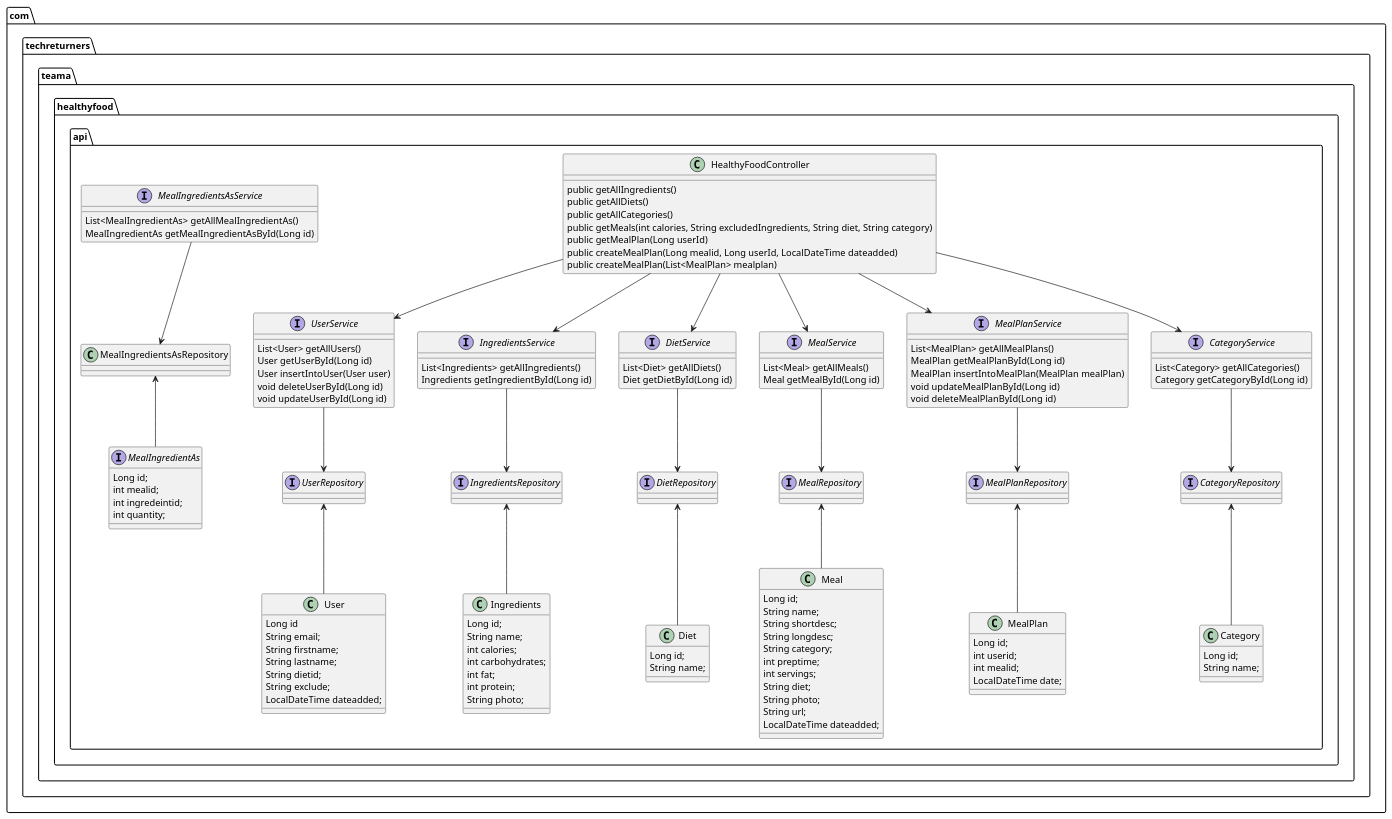
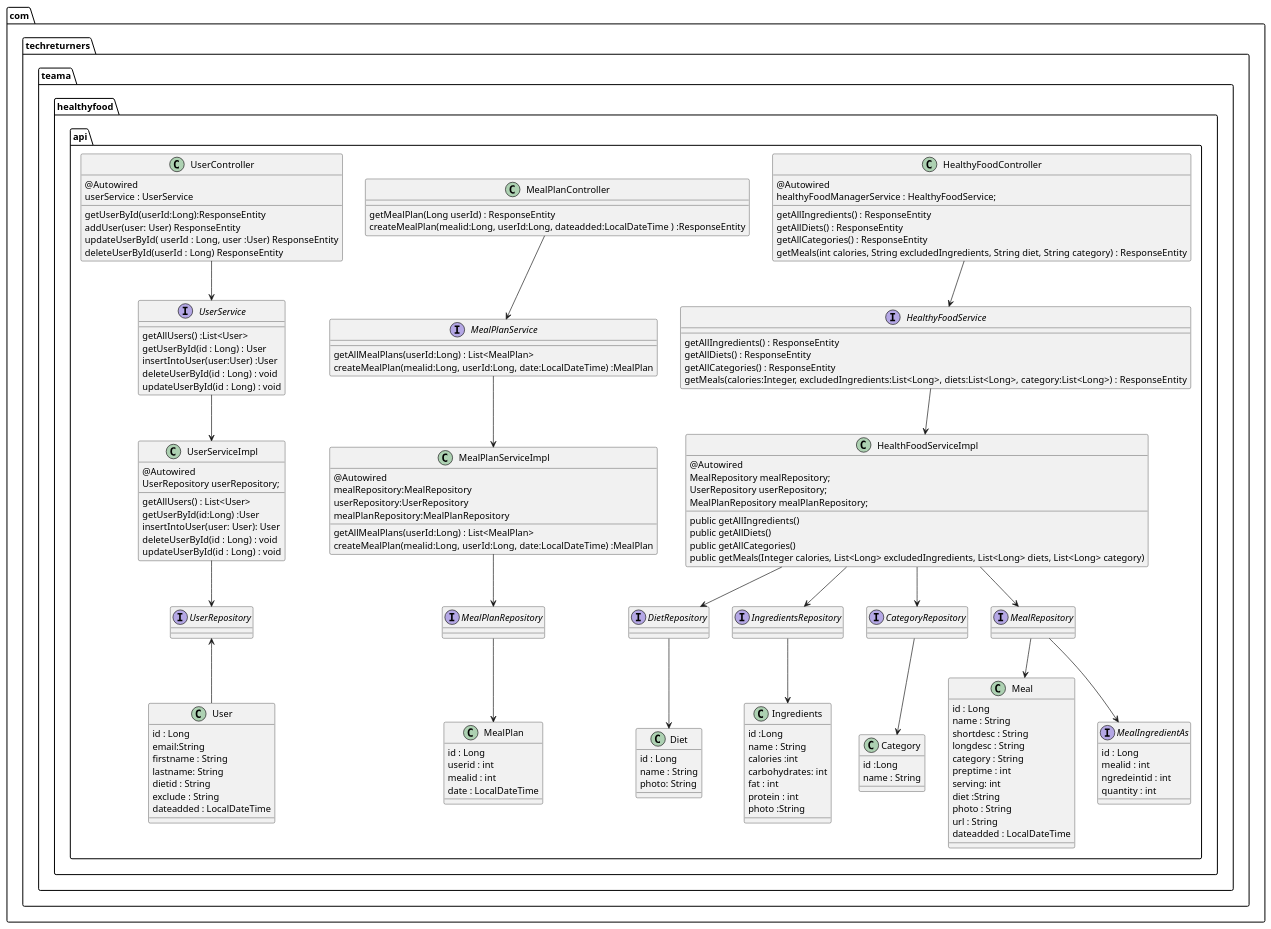
Before and after one commit to jayshree430/healthy-food-api: the diagram in docs/HealthyFoodControllerAndServicesUML.puml, drawn with PlantUML. The commit also changed 2 other files, not shown here.

Commit message:
added new ControllerAndServiceUML.png to readme. And added some info in README.md

```diff
--- a/docs/HealthyFoodControllerAndServicesUML.puml
+++ b/docs/HealthyFoodControllerAndServicesUML.puml
@@ -1,148 +1,177 @@
 @startuml
 package "com.techreturners.teama.healthyfood.api" {
 
-    HealthyFoodController --> UserService
-    HealthyFoodController --> IngredientsService
-    HealthyFoodController --> DietService
-    HealthyFoodController --> MealService
-    HealthyFoodController --> MealPlanService
-    HealthyFoodController --> CategoryService
-    UserService --> UserRepository
-    IngredientsService --> IngredientsRepository
-    DietService --> DietRepository
-    MealService --> MealRepository
-    MealPlanService --> MealPlanRepository
-    MealIngredientsAsService --> MealIngredientsAsRepository
-    CategoryService --> CategoryRepository
+    HealthyFoodController --> HealthyFoodService
+    HealthyFoodService --> HealthFoodServiceImpl
+    HealthFoodServiceImpl--> DietRepository
+    HealthFoodServiceImpl--> IngredientsRepository
+    HealthFoodServiceImpl--> CategoryRepository
+    HealthFoodServiceImpl --> MealRepository
+
+    DietRepository --> Diet
+    CategoryRepository --> Category
+    MealRepository --> Meal
+    MealRepository --> MealIngredientAs
+    IngredientsRepository --> Ingredients
+
+    MealPlanController --> MealPlanService
+    MealPlanService --> MealPlanServiceImpl
+    MealPlanServiceImpl --> MealPlanRepository
+    MealPlanRepository --> MealPlan
+
+    UserController --> UserService
+    UserService --> UserServiceImpl
+    UserServiceImpl --> UserRepository
     UserRepository <-- User
-    IngredientsRepository <-- Ingredients
-    DietRepository <-- Diet
-    MealRepository <-- Meal
-    MealPlanRepository <-- MealPlan
-    CategoryRepository <-- Category
-    MealIngredientsAsRepository <-- MealIngredientAs
+
 
     Class HealthyFoodController{
+
+        @Autowired
+        healthyFoodManagerService : HealthyFoodService;
+        getAllIngredients() : ResponseEntity
+        getAllDiets() : ResponseEntity
+        getAllCategories() : ResponseEntity
+        getMeals(int calories, String excludedIngredients, String diet, String category) : ResponseEntity
+    }
+
+    Class MealPlanController{
+        getMealPlan(Long userId) : ResponseEntity
+        createMealPlan(mealid:Long, userId:Long, dateadded:LocalDateTime ) :ResponseEntity
+
+    }
+    Class UserController{
+        @Autowired
+        userService : UserService
+
+        getUserById(userId:Long):ResponseEntity
+        addUser(user: User) ResponseEntity
+        updateUserById( userId : Long, user :User) ResponseEntity
+         deleteUserById(userId : Long) ResponseEntity
+    }
+
+    Interface HealthyFoodService{
+        getAllIngredients() : ResponseEntity
+        getAllDiets() : ResponseEntity
+        getAllCategories() : ResponseEntity
+        getMeals(calories:Integer, excludedIngredients:List<Long>,  diets:List<Long>, category:List<Long>) : ResponseEntity
+
+    }
+    Interface MealPlanService{
+        getAllMealPlans(userId:Long) : List<MealPlan>
+            createMealPlan(mealid:Long, userId:Long, date:LocalDateTime) :MealPlan
+    }
+    Class HealthFoodServiceImpl {
+        @Autowired
+        MealRepository mealRepository;
+        UserRepository userRepository;
+        MealPlanRepository mealPlanRepository;
 
         public getAllIngredients()
         public getAllDiets()
         public getAllCategories()
-        public getMeals(int calories, String excludedIngredients, String diet, String category)
-        public getMealPlan(Long userId)
-        public createMealPlan(Long mealid, Long userId, LocalDateTime dateadded)
-        public createMealPlan(List<MealPlan> mealplan)
-    }
-    interface DietService {
-        List<Diet> getAllDiets()
-        Diet getDietById(Long id)
-    }
-    interface CategoryService {
-        List<Category> getAllCategories()
-        Category getCategoryById(Long id)
-    }
-    interface IngredientsService {
-
-        List<Ingredients> getAllIngredients()
-        Ingredients getIngredientById(Long id)
+        public getMeals(Integer calories, List<Long> excludedIngredients, List<Long> diets, List<Long> category)
     }
 
-    interface MealPlanService {
+    Class MealPlanServiceImpl{
+        @Autowired
+        mealRepository:MealRepository
+        userRepository:UserRepository
+        mealPlanRepository:MealPlanRepository
 
-        List<MealPlan> getAllMealPlans()
-        MealPlan getMealPlanById(Long id)
-        MealPlan insertIntoMealPlan(MealPlan mealPlan)
-        void updateMealPlanById(Long id)
-        void deleteMealPlanById(Long id)
-    }
-    interface MealIngredientsAsService {
-
-        List<MealIngredientAs> getAllMealIngredientAs()
-        MealIngredientAs getMealIngredientAsById(Long id)
+        getAllMealPlans(userId:Long) : List<MealPlan>
+        createMealPlan(mealid:Long, userId:Long, date:LocalDateTime) :MealPlan
     }
 
-    interface MealService {
-        List<Meal> getAllMeals()
-        Meal getMealById(Long id)
+    Interface UserService {
+        getAllUsers() :List<User>
+        getUserById(id : Long) : User
+        insertIntoUser(user:User) :User
+        deleteUserById(id : Long) : void
+        updateUserById(id : Long) : void
+    }
+    Class UserServiceImpl{
+    @Autowired
+        UserRepository userRepository;
+
+        getAllUsers() : List<User>
+        getUserById(id:Long) :User
+        insertIntoUser(user: User): User
+        deleteUserById(id : Long) : void
+        updateUserById(id : Long) : void
     }
 
-    interface UserService {
-        List<User> getAllUsers()
-        User getUserById(Long id)
-        User insertIntoUser(User user)
-        void deleteUserById(Long id)
-        void updateUserById(Long id)
+    Class User {
+        id : Long
+        email:String
+        firstname : String
+        lastname: String
+        dietid : String
+        exclude : String
+        dateadded : LocalDateTime
     }
 
-    class User {
-        Long id
-            String email;
-            String firstname;
-            String lastname;
-            String dietid;
-            String exclude;
-            LocalDateTime dateadded;
+    Class Ingredients{
+        id :Long
+        name : String
+        calories :int
+        carbohydrates: int
+        fat : int
+        protein : int
+        photo :String
     }
 
-    class Ingredients{
-        Long id;
-        String name;
-        int calories;
-        int carbohydrates;
-        int fat;
-        int protein;
-        String photo;
+    Class MealIngredientAs{
+        id : Long
+        mealid : int
+        ngredeintid : int
+        quantity : int
     }
 
-    class MealIngredientAs{
-        Long id;
-        int mealid;
-        int ingredeintid;
-        int quantity;
+    Class Diet{
+        id : Long
+        name : String
+        photo: String
     }
 
-    class Diet{
-        Long id;
-        String name;
+    Class Meal{
+        id : Long
+        name : String
+        shortdesc : String
+        longdesc : String
+        category : String
+        preptime : int
+         serving: int
+         diet :String
+         photo : String
+         url : String
+         dateadded : LocalDateTime
     }
 
-    class Meal{
-        Long id;
-        String name;
-        String shortdesc;
-        String longdesc;
-        String category;
-        int preptime;
-        int servings;
-        String diet;
-        String photo;
-        String url;
-        LocalDateTime dateadded;
+    Class Category{
+        id :Long
+        name : String
     }
 
-    class Category{
-        Long id;
-        String name;
+    Class MealPlan{
+        id : Long
+        userid : int
+        mealid : int
+         date : LocalDateTime
     }
-
-    class MealPlan{
-        Long id;
-        int userid;
-        int mealid;
-        LocalDateTime date;
+    Interface UserRepository{
     }
-    interface UserRepository{
+    Interface CategoryRepository{
     }
-    interface CategoryRepository{
+    Interface IngredientsRepository{
     }
-    interface IngredientsRepository{
+    Interface DietRepository{
     }
-    interface DietRepository{
+    Interface MealPlanRepository{
     }
-    interface MealPlanRepository{
+    Interface MealRepository{
     }
-    interface MealRepository{
-    }
-    interface MealIngredientAs{
+    Interface MealIngredientAs{
     }
 }
 @enduml
```
